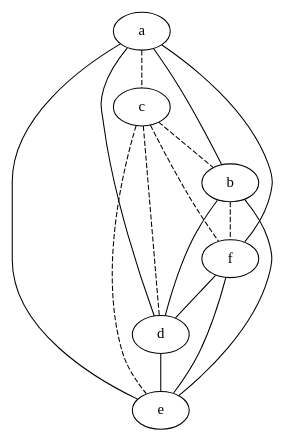
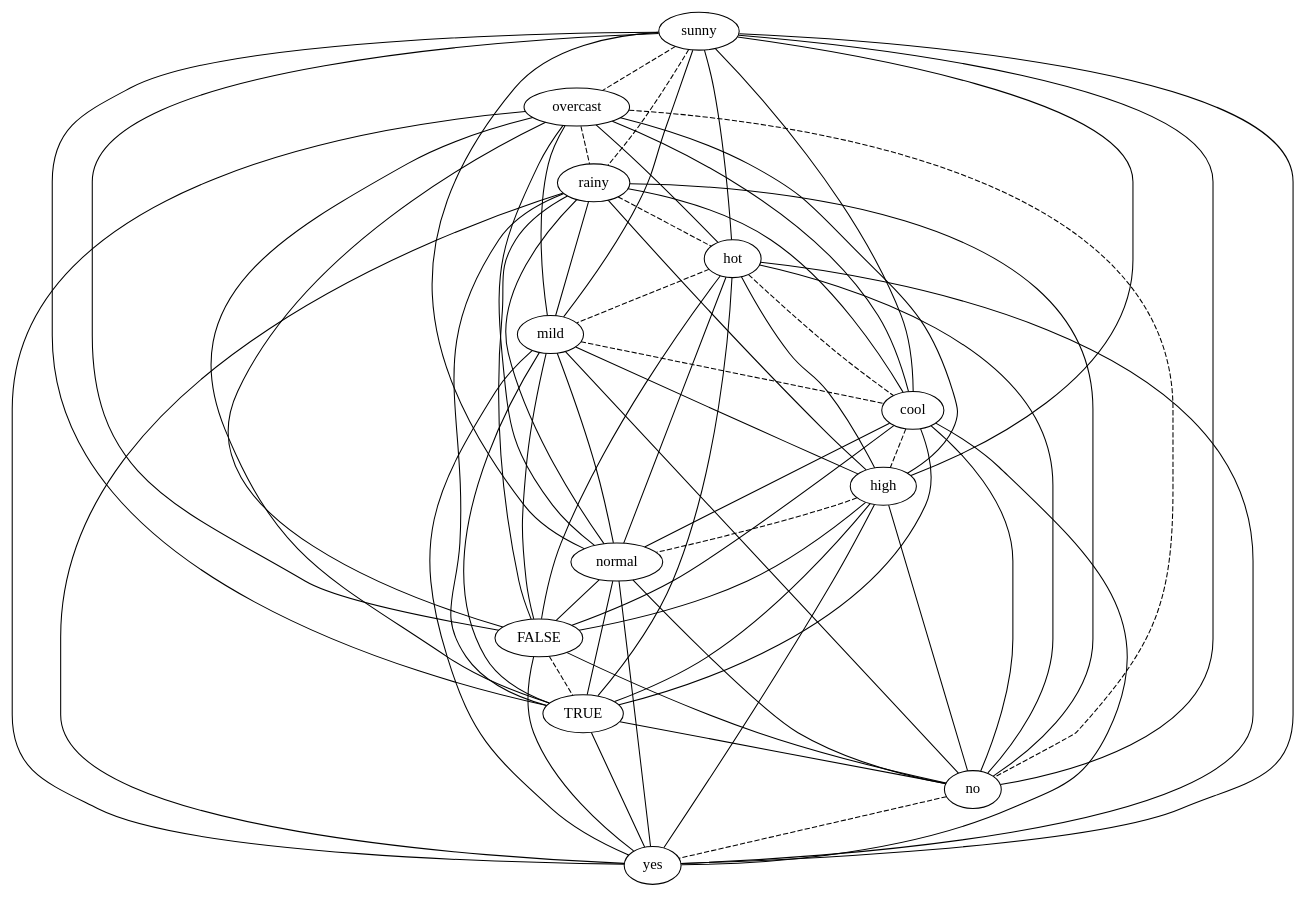
One commit to lrodrin/TFG changed the diagram in src/final/plainGraph.dot. Above: the diagram before and after it, drawn with Graphviz. The commit also changed 8 other files, not shown here.

```diff
--- a/src/final/plainGraph.dot
+++ b/src/final/plainGraph.dot
@@ -1,23 +1,80 @@
 strict graph "" {
-a;
-c;
-b;
-f;
-d;
-e;
-a -- c  [color=black, style=dashed];
-a -- b  [color=black, style=solid];
-a -- f  [color=black, style=solid];
-a -- d  [color=black, style=solid];
-a -- e  [color=black, style=solid];
-c -- b  [color=black, style=dashed];
-c -- f  [color=black, style=dashed];
-c -- d  [color=black, style=dashed];
-c -- e  [color=black, style=dashed];
-b -- f  [color=black, style=dashed];
-b -- d  [color=black, style=solid];
-b -- e  [color=black, style=solid];
-f -- d  [color=black, style=solid];
-f -- e  [color=black, style=solid];
-d -- e  [color=black, style=solid];
+sunny;
+overcast;
+rainy;
+hot;
+mild;
+cool;
+high;
+normal;
+FALSE;
+TRUE;
+no;
+yes;
+sunny -- overcast  [color=black, style=dashed];
+sunny -- rainy  [color=black, style=dashed];
+sunny -- hot  [color=black, style=solid];
+sunny -- mild  [color=black, style=solid];
+sunny -- cool  [color=black, style=solid];
+sunny -- high  [color=black, style=solid];
+sunny -- normal  [color=black, style=solid];
+sunny -- FALSE  [color=black, style=solid];
+sunny -- TRUE  [color=black, style=solid];
+sunny -- no  [color=black, style=solid];
+sunny -- yes  [color=black, style=solid];
+overcast -- rainy  [color=black, style=dashed];
+overcast -- hot  [color=black, style=solid];
+overcast -- mild  [color=black, style=solid];
+overcast -- cool  [color=black, style=solid];
+overcast -- high  [color=black, style=solid];
+overcast -- normal  [color=black, style=solid];
+overcast -- FALSE  [color=black, style=solid];
+overcast -- TRUE  [color=black, style=solid];
+overcast -- no  [color=black, style=dashed];
+overcast -- yes  [color=black, style=solid];
+rainy -- hot  [color=black, style=dashed];
+rainy -- mild  [color=black, style=solid];
+rainy -- cool  [color=black, style=solid];
+rainy -- high  [color=black, style=solid];
+rainy -- normal  [color=black, style=solid];
+rainy -- FALSE  [color=black, style=solid];
+rainy -- TRUE  [color=black, style=solid];
+rainy -- no  [color=black, style=solid];
+rainy -- yes  [color=black, style=solid];
+hot -- mild  [color=black, style=dashed];
+hot -- cool  [color=black, style=dashed];
+hot -- high  [color=black, style=solid];
+hot -- normal  [color=black, style=solid];
+hot -- FALSE  [color=black, style=solid];
+hot -- TRUE  [color=black, style=solid];
+hot -- no  [color=black, style=solid];
+hot -- yes  [color=black, style=solid];
+mild -- cool  [color=black, style=dashed];
+mild -- high  [color=black, style=solid];
+mild -- normal  [color=black, style=solid];
+mild -- FALSE  [color=black, style=solid];
+mild -- TRUE  [color=black, style=solid];
+mild -- no  [color=black, style=solid];
+mild -- yes  [color=black, style=solid];
+cool -- high  [color=black, style=dashed];
+cool -- normal  [color=black, style=solid];
+cool -- FALSE  [color=black, style=solid];
+cool -- TRUE  [color=black, style=solid];
+cool -- no  [color=black, style=solid];
+cool -- yes  [color=black, style=solid];
+high -- normal  [color=black, style=dashed];
+high -- FALSE  [color=black, style=solid];
+high -- TRUE  [color=black, style=solid];
+high -- no  [color=black, style=solid];
+high -- yes  [color=black, style=solid];
+normal -- FALSE  [color=black, style=solid];
+normal -- TRUE  [color=black, style=solid];
+normal -- no  [color=black, style=solid];
+normal -- yes  [color=black, style=solid];
+FALSE -- TRUE  [color=black, style=dashed];
+FALSE -- no  [color=black, style=solid];
+FALSE -- yes  [color=black, style=solid];
+TRUE -- no  [color=black, style=solid];
+TRUE -- yes  [color=black, style=solid];
+no -- yes  [color=black, style=dashed];
 }
```
